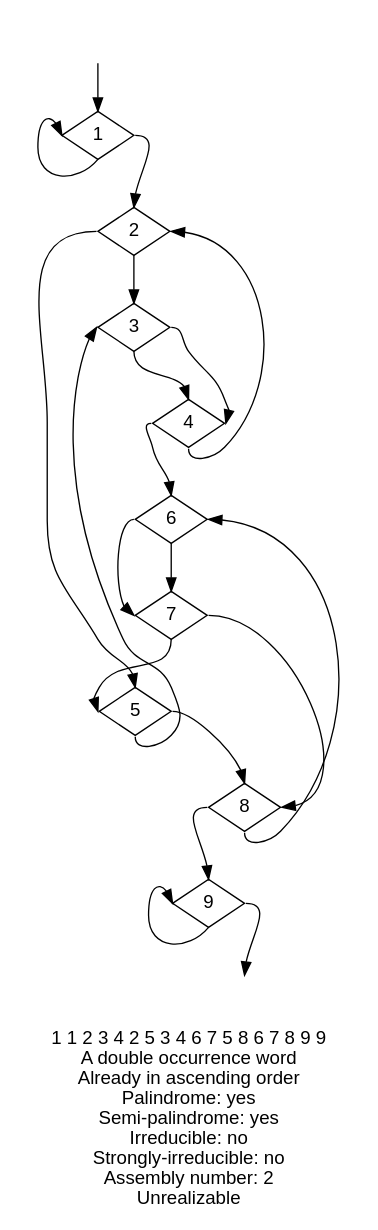
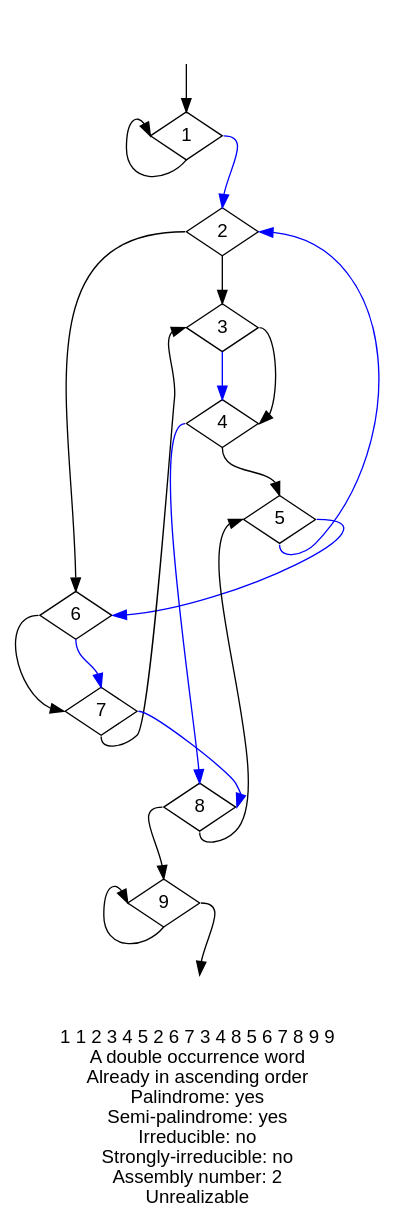
One commit to didedoshka/double_occurrence_words changed the diagram in data/semi_palindrome_len_9_an_2.dot. Above: the diagram before and after it, drawn with Graphviz. The commit also changed 21 other files, not shown here.

```diff
--- a/data/semi_palindrome_len_9_an_2.dot
+++ b/data/semi_palindrome_len_9_an_2.dot
@@ -1,27 +1,27 @@
 digraph {
 fontname="Helvetica"
 node [fontname="Helvetica"]
 node [shape=diamond]
-label="1 1 2 3 4 2 5 3 4 6 7 5 8 6 7 8 9 9 \nA double occurrence word\nAlready in ascending order\nPalindrome: yes\nSemi-palindrome: yes\nIrreducible: no\nStrongly-irreducible: no\nAssembly number: 2\nUnrealizable\n"
+label="1 1 2 3 4 5 2 6 7 3 4 8 5 6 7 8 9 9 \nA double occurrence word\nAlready in ascending order\nPalindrome: yes\nSemi-palindrome: yes\nIrreducible: no\nStrongly-irreducible: no\nAssembly number: 2\nUnrealizable\n"
 a [style="invis"]
 b [style="invis"]
 a:s -> 1:n
 1:s -> 1:w
-1:e -> 2:n
+1:e -> 2:n [color="blue"]
 2:s -> 3:n
-3:s -> 4:n
-4:s -> 2:e
-2:w -> 5:n
-5:s -> 3:w
+3:s -> 4:n [color="blue"]
+4:s -> 5:n
+5:s -> 2:e [color="blue"]
+2:w -> 6:n
+6:s -> 7:n [color="blue"]
+7:s -> 3:w
 3:e -> 4:e
-4:w -> 6:n
-6:s -> 7:n
-7:s -> 5:w
-5:e -> 8:n
-8:s -> 6:e
+4:w -> 8:n [color="blue"]
+8:s -> 5:w
+5:e -> 6:e [color="blue"]
 6:w -> 7:w
-7:e -> 8:e
+7:e -> 8:e [color="blue"]
 8:w -> 9:n
 9:s -> 9:w
 9:e -> b:n
 }
```
